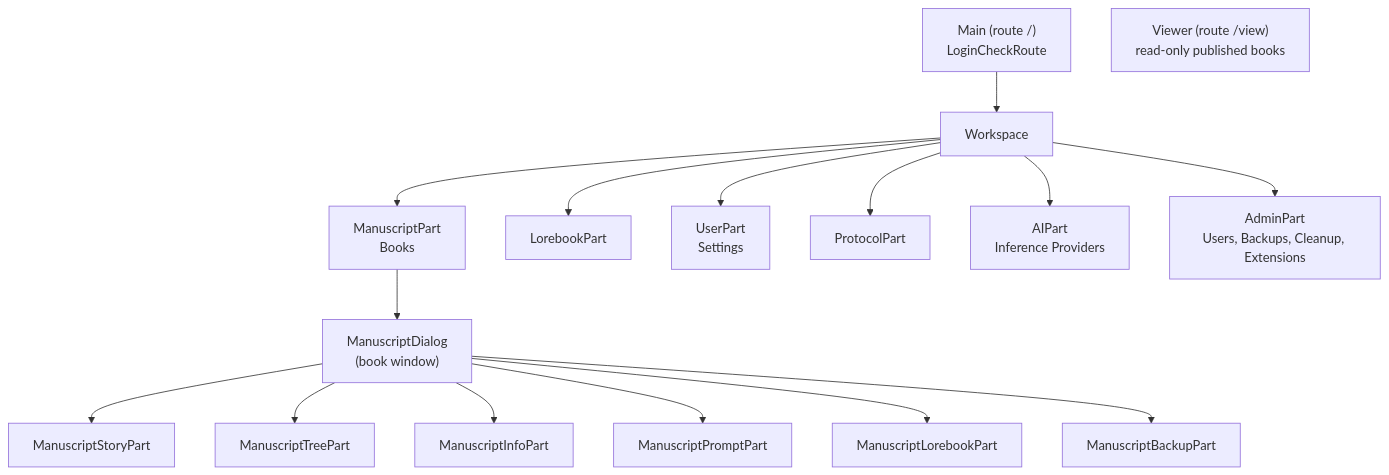
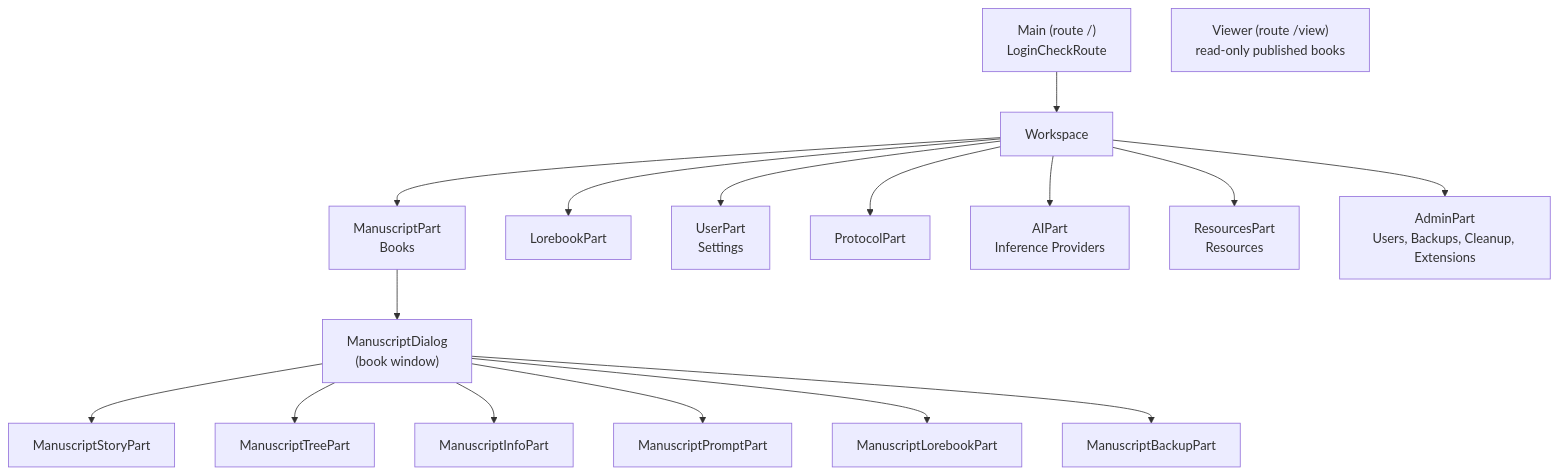
Before and after one commit to Enerccio/Marginalia: the third of 6 diagrams in docs/developer/architecture.md, drawn with Mermaid. The commit also changed 117 other files, not shown here.

````diff
--- a/docs/developer/architecture.md
+++ b/docs/developer/architecture.md
@@ -195,18 +195,19 @@
 ```mermaid
 flowchart TB
     Main["Main (route /)<br/>LoginCheckRoute"] --> WS["Workspace"]
     Viewer["Viewer (route /view)<br/>read-only published books"]
     WS --> MP["ManuscriptPart<br/>Books"]
     WS --> LP["LorebookPart"]
     WS --> UP["UserPart<br/>Settings"]
     WS --> PP["ProtocolPart"]
     WS --> AP["AIPart<br/>Inference Providers"]
+    WS --> RP["ResourcesPart<br/>Resources"]
     WS --> AdP["AdminPart<br/>Users, Backups, Cleanup, Extensions"]
     MP --> MD["ManuscriptDialog<br/>(book window)"]
     MD --> Story["ManuscriptStoryPart"]
     MD --> Tree["ManuscriptTreePart"]
     MD --> Info["ManuscriptInfoPart"]
     MD --> Prompt["ManuscriptPromptPart"]
     MD --> Lore["ManuscriptLorebookPart"]
     MD --> Backup["ManuscriptBackupPart"]
 ```
````
